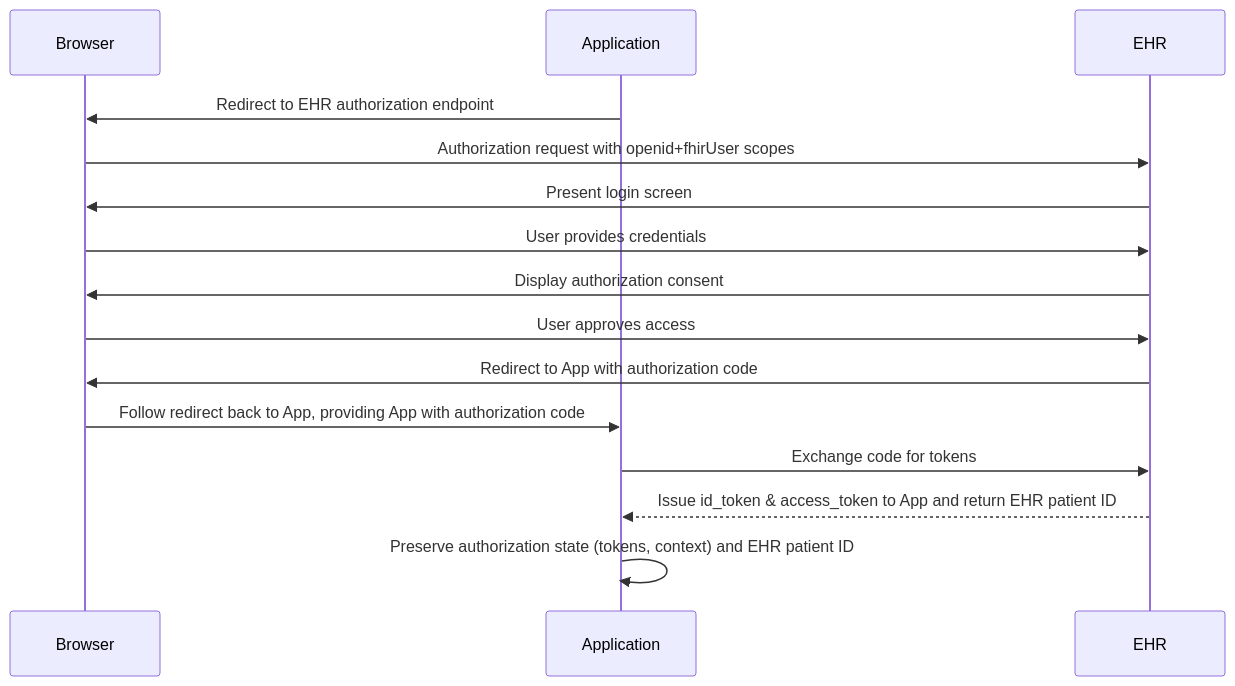
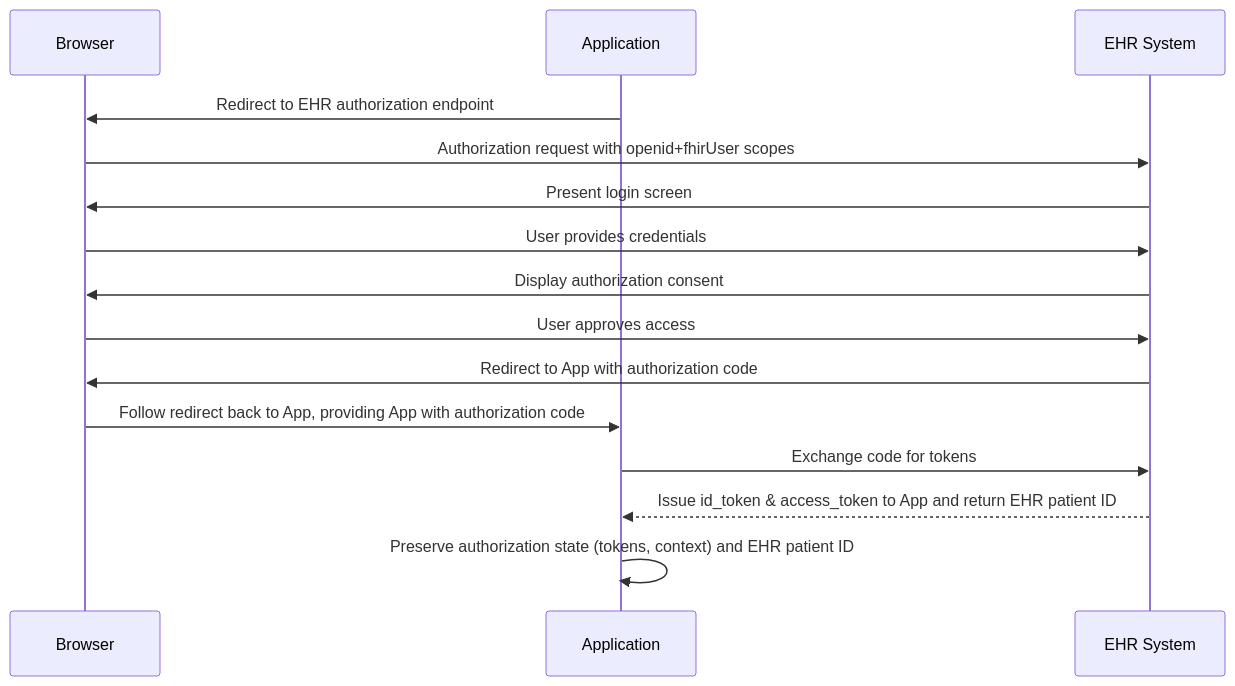
The second of 4 diagrams in input/pagecontent/solution-dual-smart-launch.md (bvdh/smart-multi-auth), drawn with Mermaid before and after one commit. The commit also changed other lines of this file, not shown here.

````diff
--- a/input/pagecontent/solution-dual-smart-launch.md
+++ b/input/pagecontent/solution-dual-smart-launch.md
@@ -83,18 +83,18 @@
 ```mermaid
 sequenceDiagram
     participant Browser
     participant App as Application
-    participant EHR
+    participant EHR as EHR System
     
     App->>Browser: Redirect to EHR authorization endpoint
     Browser->>EHR: Authorization request with openid+fhirUser scopes
     EHR->>Browser: Present login screen
     Browser->>EHR: User provides credentials
     EHR->>Browser: Display authorization consent
     Browser->>EHR: User approves access
     EHR->>Browser: Redirect to App with authorization code
     Browser->>App: Follow redirect back to App, providing App with authorization code
     App->>EHR: Exchange code for tokens
     EHR-->>App: Issue id_token & access_token to App and return EHR patient ID
     App->>App: Preserve authorization state (tokens, context) and EHR patient ID
 ```
````
